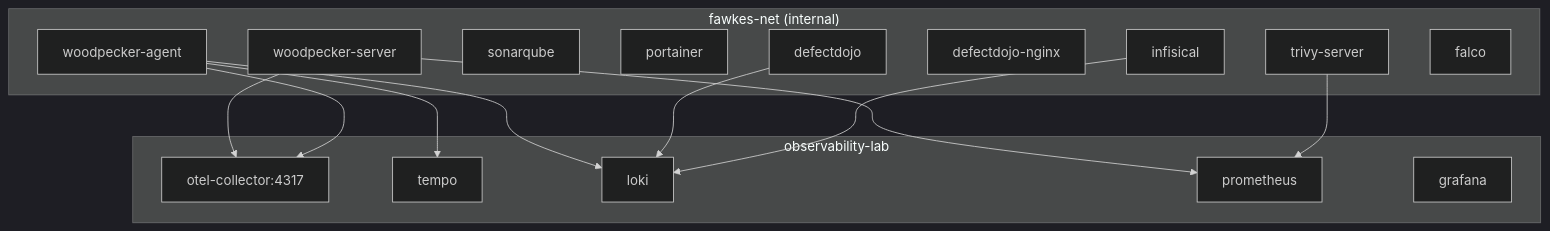
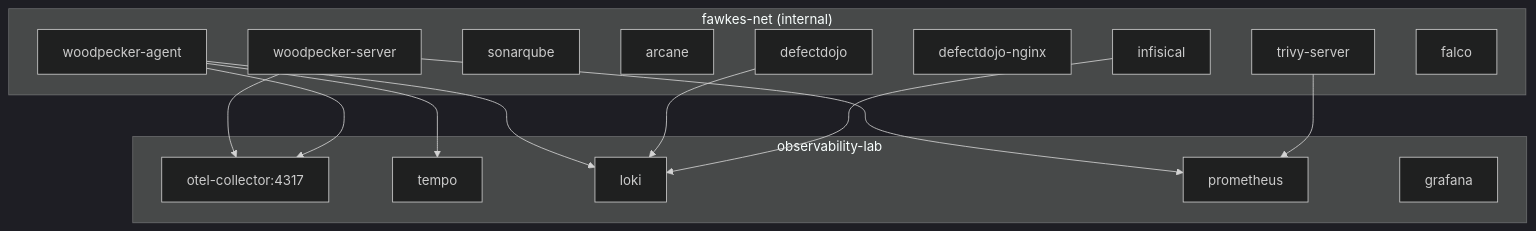
One commit to paruff/uFawkesPipe changed the diagram in docs/ARCHITECTURE.md. Above: the diagram before and after it, drawn with Mermaid (dark theme). The commit also changed other lines of this file and 20 other files, not shown here.

First line of the commit message:
chore(portainer): replace Portainer with optional Arcane behind ui profile (#314)

````diff
--- a/docs/ARCHITECTURE.md
+++ b/docs/ARCHITECTURE.md
@@ -282,31 +281,31 @@
 ```mermaid
 graph TB
     subgraph "fawkes-net (internal)"
         WP[woodpecker-server]
         WA[woodpecker-agent]
         SQ[sonarqube]
-        PT[portainer]
+        AR[arcane]
         DD[defectdojo]
         DDN[defectdojo-nginx]
         I[infisical]
         TS[trivy-server]
         F[falco]
     end
 
     subgraph "observability-lab"
         OC[otel-collector:4317]
         T[tempo]
         L[loki]
         P[prometheus]
         G[grafana]
     end
 
     WP --> OC
     WA --> OC
     WP --> P
     WA --> L
     WA --> T
     DD --> L
     I --> L
     TS --> P
 ```
````
